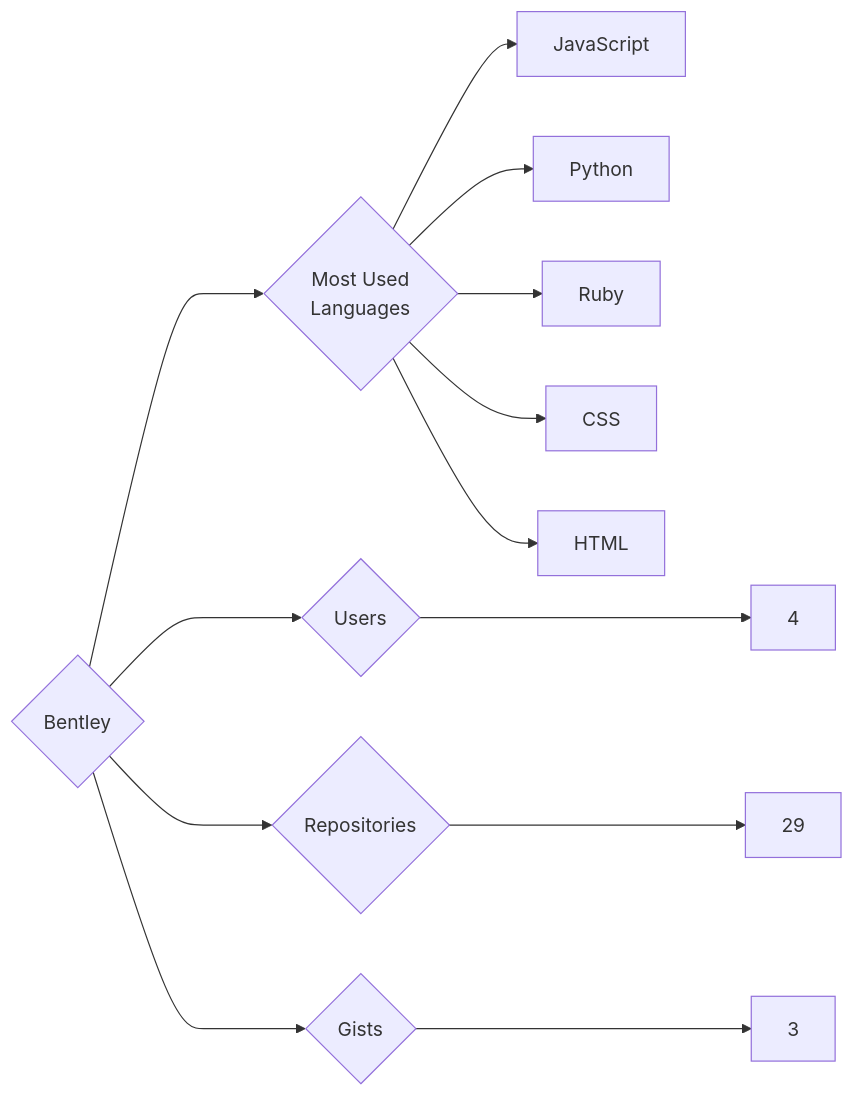
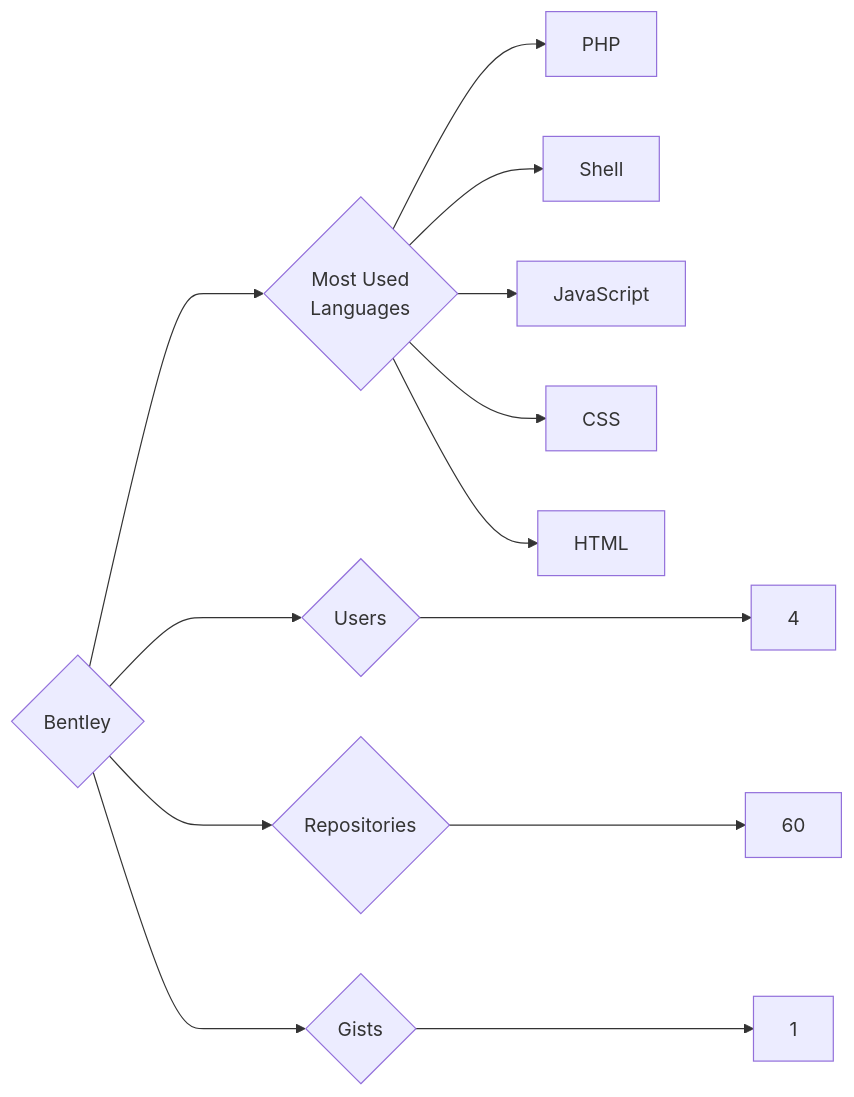
The diagram in targets/Bentley/README.md (trickest/insiders), drawn with Mermaid before and after one commit. The commit also changed 1007 other files, not shown here.

````diff
--- a/targets/Bentley/README.md
+++ b/targets/Bentley/README.md
@@ -3,13 +3,13 @@
 ```mermaid
 graph LR
 COMPANY_NAME{Bentley}
 COMPANY_NAME ---> U{Users} ---> UN[4]
-COMPANY_NAME ---> R{Repositories} ---> RN[29]
-COMPANY_NAME ---> G{Gists} ---> GN[3]
+COMPANY_NAME ---> R{Repositories} ---> RN[60]
+COMPANY_NAME ---> G{Gists} ---> GN[1]
 COMPANY_NAME ---> ML{Most Used<br>Languages}
+ML --> PHP[PHP]
+ML --> Shell[Shell]
 ML --> JavaScript[JavaScript]
-ML --> Python[Python]
-ML --> Ruby[Ruby]
 ML --> CSS[CSS]
 ML --> HTML[HTML]
 ```
````
